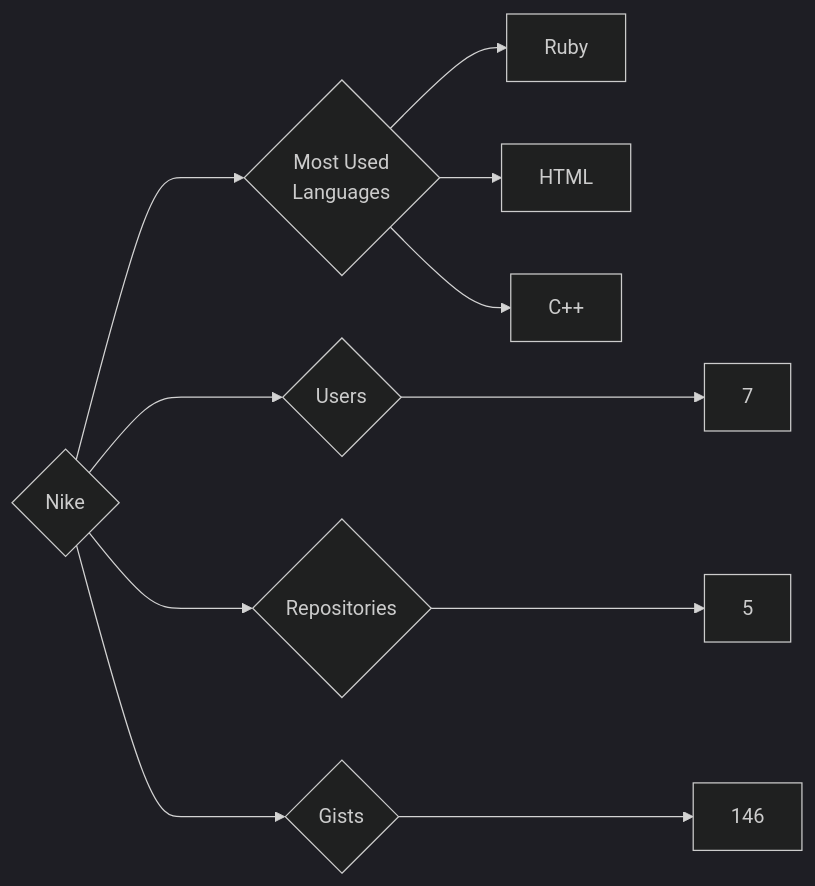
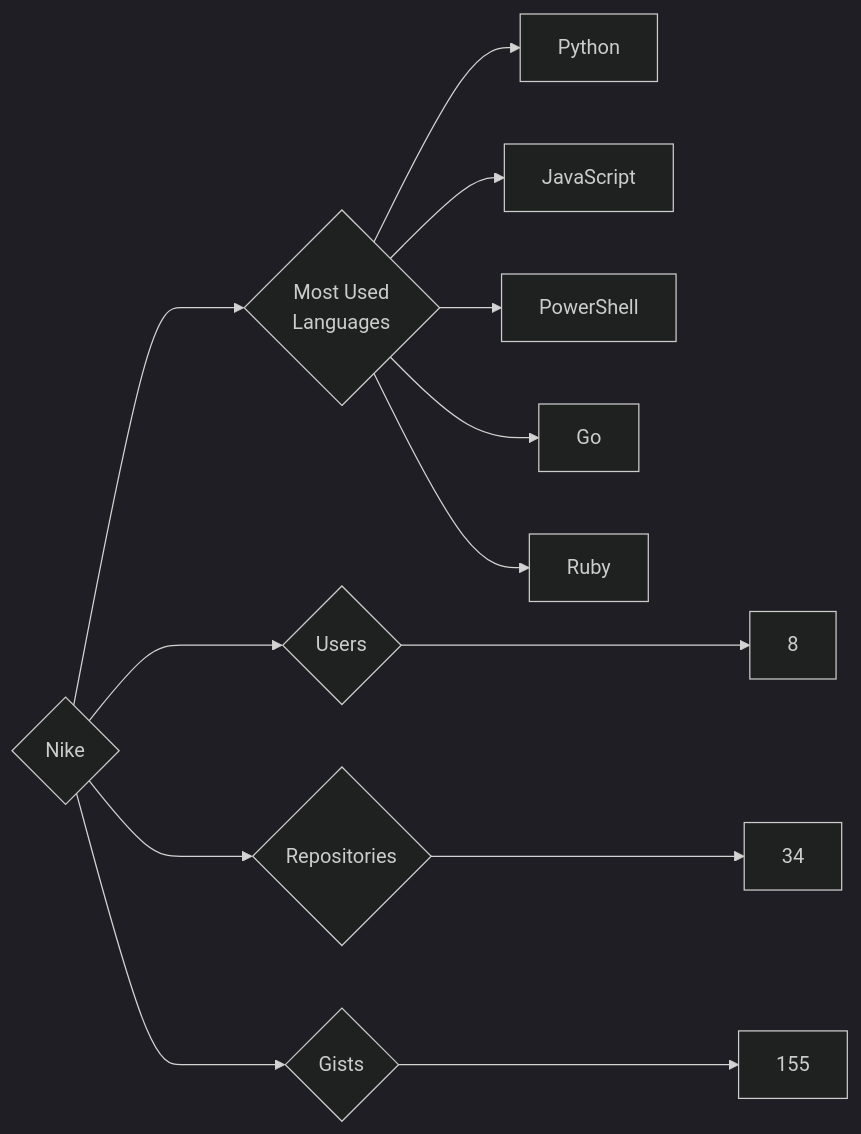
One commit to trickest/insiders changed the diagram in targets/Nike/README.md. Above: the diagram before and after it, drawn with Mermaid (dark theme). The commit also changed 965 other files, not shown here.

````diff
--- a/targets/Nike/README.md
+++ b/targets/Nike/README.md
@@ -3,11 +3,13 @@
 ```mermaid
 graph LR
 COMPANY_NAME{Nike}
-COMPANY_NAME ---> U{Users} ---> UN[7]
-COMPANY_NAME ---> R{Repositories} ---> RN[5]
-COMPANY_NAME ---> G{Gists} ---> GN[146]
+COMPANY_NAME ---> U{Users} ---> UN[8]
+COMPANY_NAME ---> R{Repositories} ---> RN[34]
+COMPANY_NAME ---> G{Gists} ---> GN[155]
 COMPANY_NAME ---> ML{Most Used<br>Languages}
+ML --> Python[Python]
+ML --> JavaScript[JavaScript]
+ML --> PowerShell[PowerShell]
+ML --> Go[Go]
 ML --> Ruby[Ruby]
-ML --> HTML[HTML]
-ML --> C++[C++]
 ```
````
